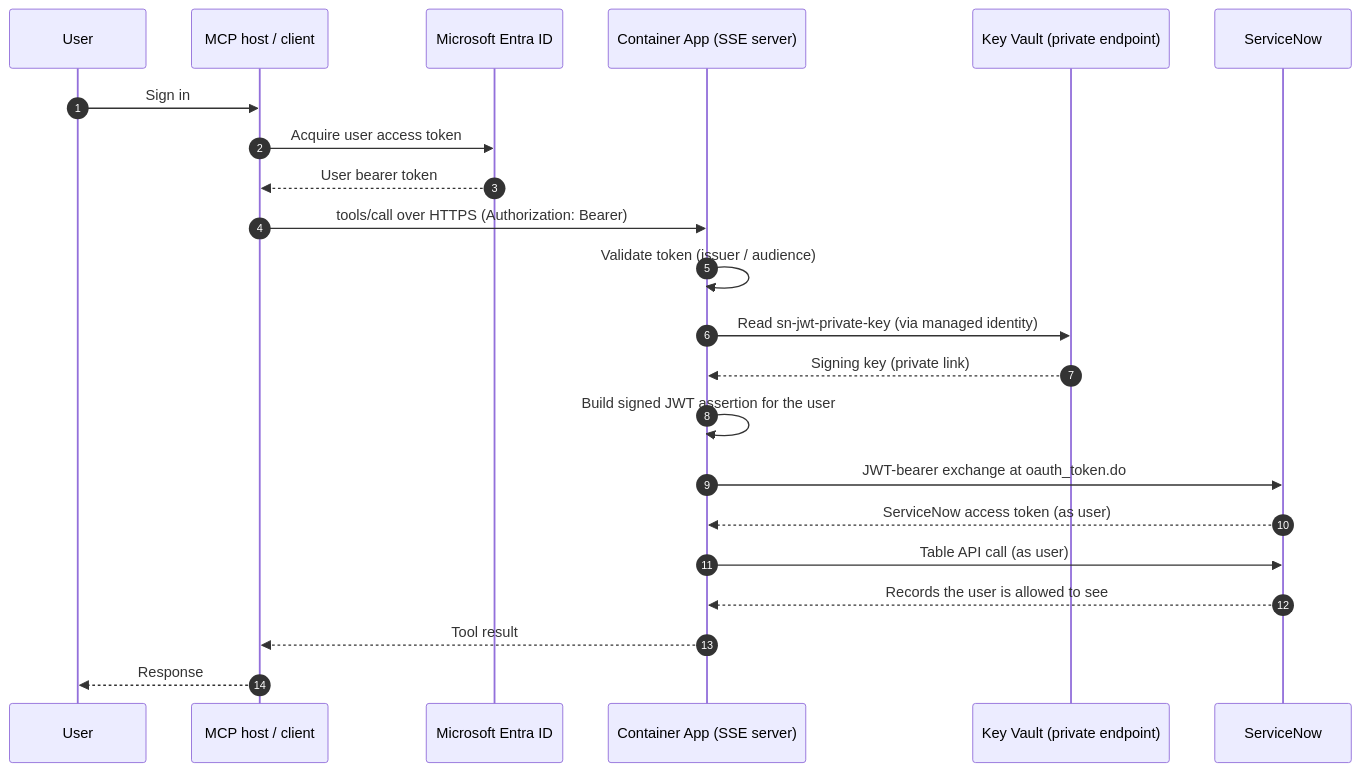
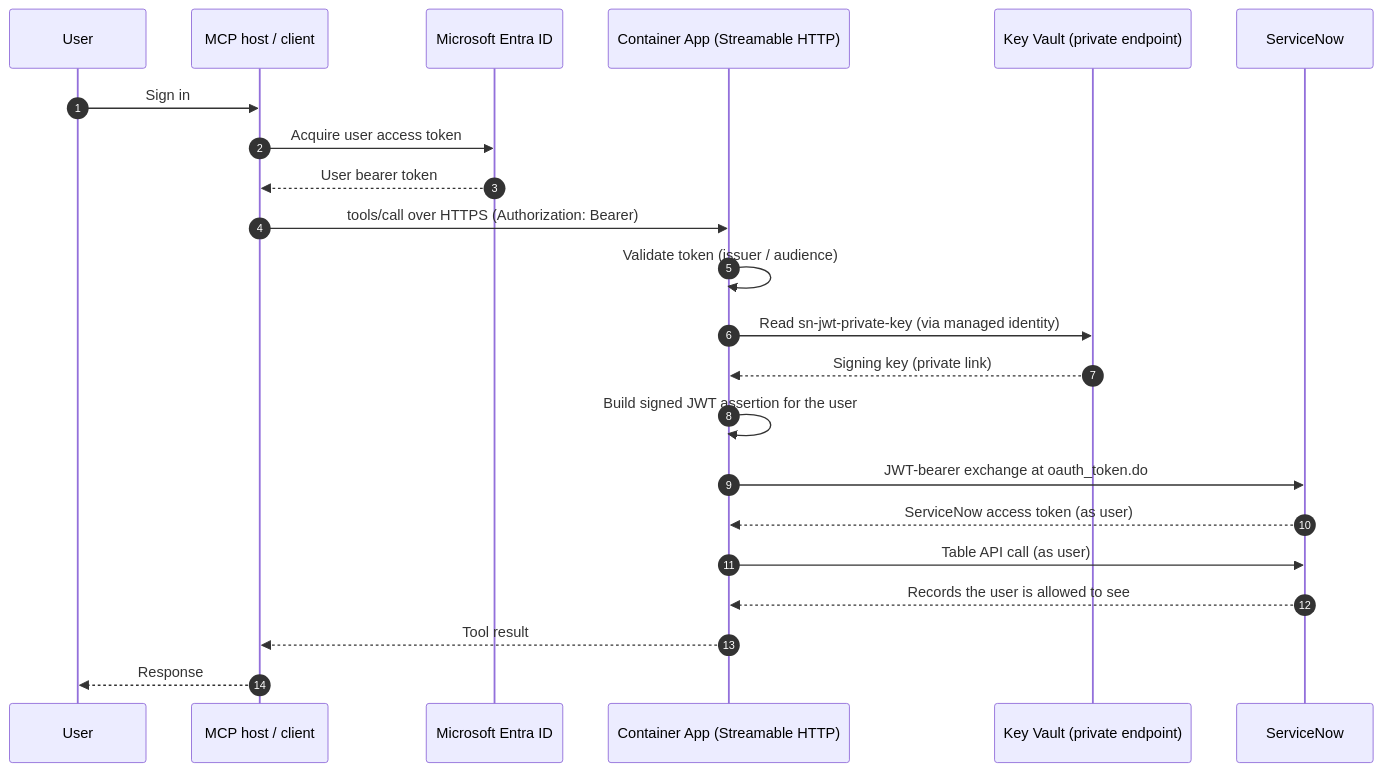
The fifth of 5 diagrams in README.md (drewelewis/ai-servicenow-mcp-obo), drawn with Mermaid before and after one commit. The commit also changed other lines of this file and 20 other files, not shown here.

Commit message:
Add-Streamable-HTTP-and-automate-Entra-deployment

````diff
--- a/README.md
+++ b/README.md
@@ -1211,25 +1169,25 @@
 ```mermaid
 sequenceDiagram
     autonumber
     participant U as User
     participant Host as MCP host / client
     participant Entra as Microsoft Entra ID
-    participant App as Container App (SSE server)
+    participant App as Container App (Streamable HTTP)
     participant KV as Key Vault (private endpoint)
     participant SN as ServiceNow
 
     U->>Host: Sign in
     Host->>Entra: Acquire user access token
     Entra-->>Host: User bearer token
     Host->>App: tools/call over HTTPS (Authorization: Bearer)
     App->>App: Validate token (issuer / audience)
     App->>KV: Read sn-jwt-private-key (via managed identity)
     KV-->>App: Signing key (private link)
     App->>App: Build signed JWT assertion for the user
     App->>SN: JWT-bearer exchange at oauth_token.do
     SN-->>App: ServiceNow access token (as user)
     App->>SN: Table API call (as user)
     SN-->>App: Records the user is allowed to see
     App-->>Host: Tool result
     Host-->>U: Response
 ```
````
